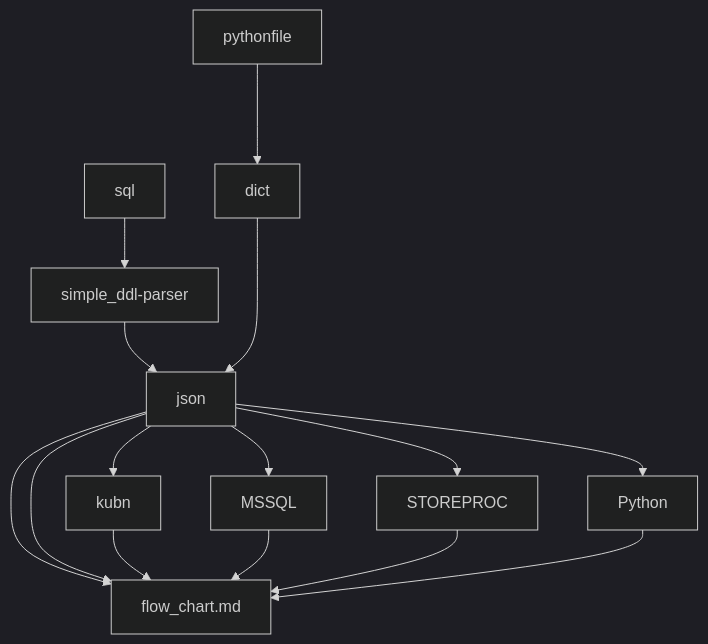
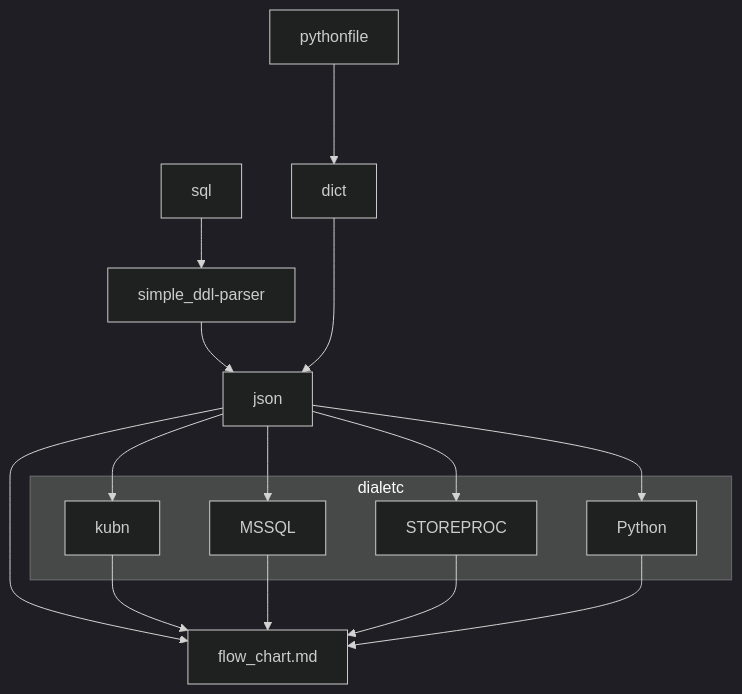
One commit to hung135/mermaid-map changed the diagram in todo.md. Above: the diagram before and after it, drawn with Mermaid (dark theme). The commit also changed 3 other files, not shown here.

````diff
--- a/todo.md
+++ b/todo.md
@@ -1,16 +1,20 @@
 ```mermaid
 graph TD
+    subgraph dialetc
+     kubn
+     MSSQL
+     STOREPROC
+     Python
+    end
+     
 
 json-->flow_chart.md
-
-
-sql-->simple_ddl-parser-->json-->flow_chart.md
- 
+sql-->simple_ddl-parser-->json 
     json-->kubn-->flow_chart.md
     json-->MSSQL-->flow_chart.md
     json-->STOREPROC-->flow_chart.md
     json-->Python-->flow_chart.md
     pythonfile--->dict--->json
  
 
 ```
````
